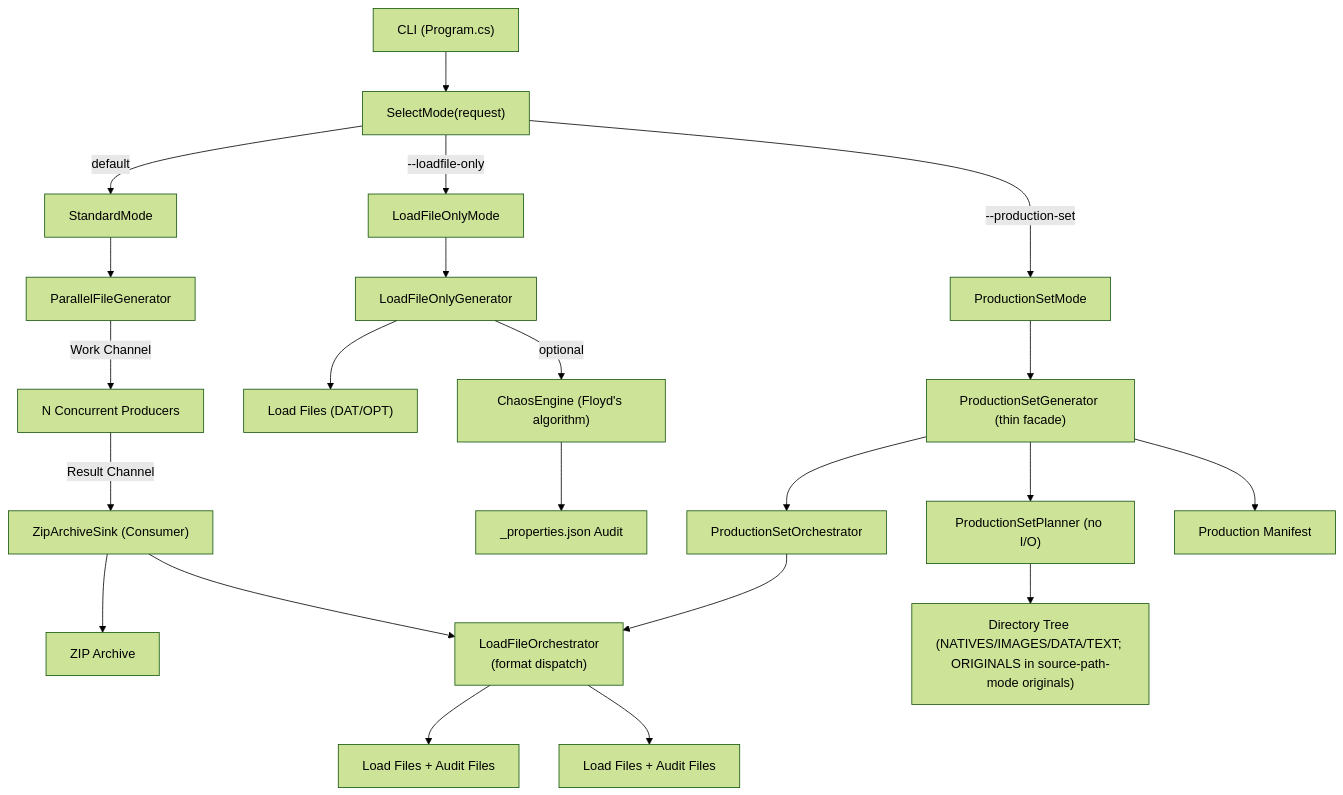
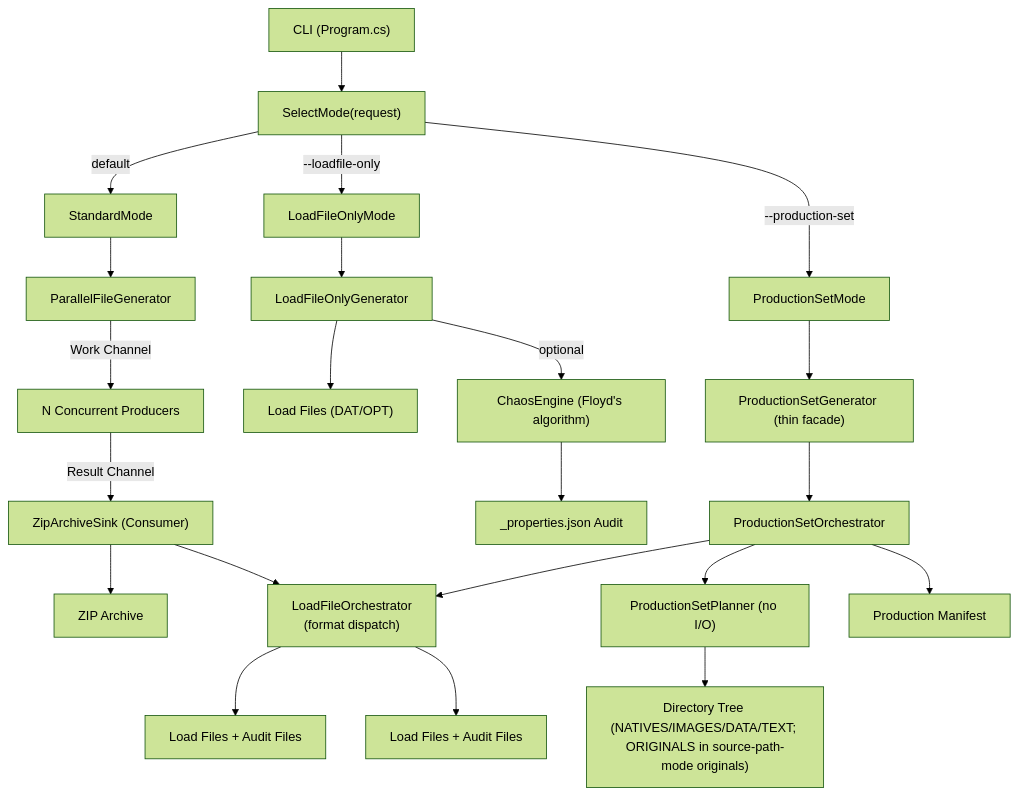
The first of 3 diagrams in docs/architecture.md (dwojtaszek/zipper), drawn with Mermaid (forest theme) before and after one commit. The commit also changed other lines of this file and 6 other files, not shown here.

````diff
--- a/docs/architecture.md
+++ b/docs/architecture.md
@@ -44,28 +44,28 @@
 ```mermaid
 graph TD
     CLI["CLI (Program.cs)"]
     CLI --> SelectMode["SelectMode(request)"]
     SelectMode -->|"default"| StandardMode["StandardMode"]
     SelectMode -->|"--loadfile-only"| LoadFileOnlyMode["LoadFileOnlyMode"]
     SelectMode -->|"--production-set"| ProductionSetMode["ProductionSetMode"]
 
     StandardMode --> PFG["ParallelFileGenerator"]
     PFG -->|"Work Channel"| Producers["N Concurrent Producers"]
     Producers -->|"Result Channel"| ZAS["ZipArchiveSink (Consumer)"]
     ZAS --> ZIP["ZIP Archive"]
     ZAS --> LFO["LoadFileOrchestrator<br/>(format dispatch)"]
     LFO --> LF1["Load Files + Audit Files"]
 
     LoadFileOnlyMode --> LOG["LoadFileOnlyGenerator"]
     LOG --> LF2["Load Files (DAT/OPT)"]
     LOG -->|"optional"| Chaos["ChaosEngine (Floyd's algorithm)"]
     Chaos --> Audit["_properties.json Audit"]
 
     ProductionSetMode --> PSG["ProductionSetGenerator (thin facade)"]
-    PSG --> PSP["ProductionSetPlanner (no I/O)"]
+    PSG --> PSO["ProductionSetOrchestrator"]
+    PSO --> PSP["ProductionSetPlanner (no I/O)"]
     PSP --> Tree["Directory Tree (NATIVES/IMAGES/DATA/TEXT; ORIGINALS in source-path-mode originals)"]
-    PSG --> PSO["ProductionSetOrchestrator"]
     PSO --> LFO
     LFO --> LF3["Load Files + Audit Files"]
-    PSG --> Manifest["Production Manifest"]
+    PSO --> Manifest["Production Manifest"]
 ```
````
